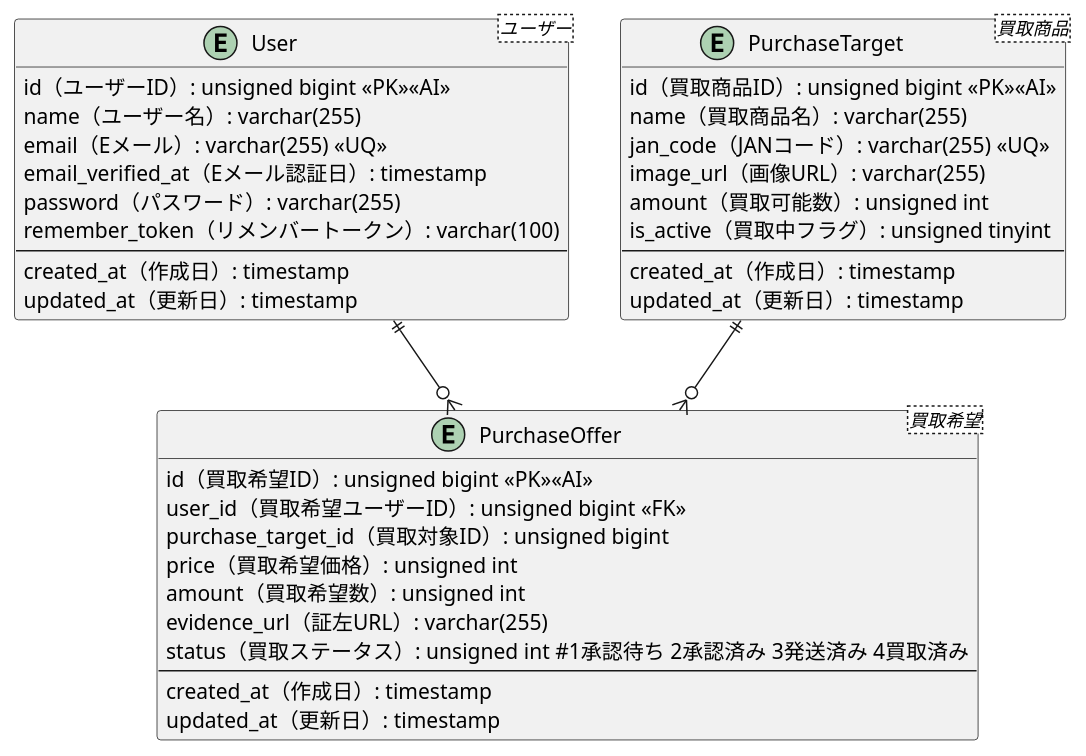
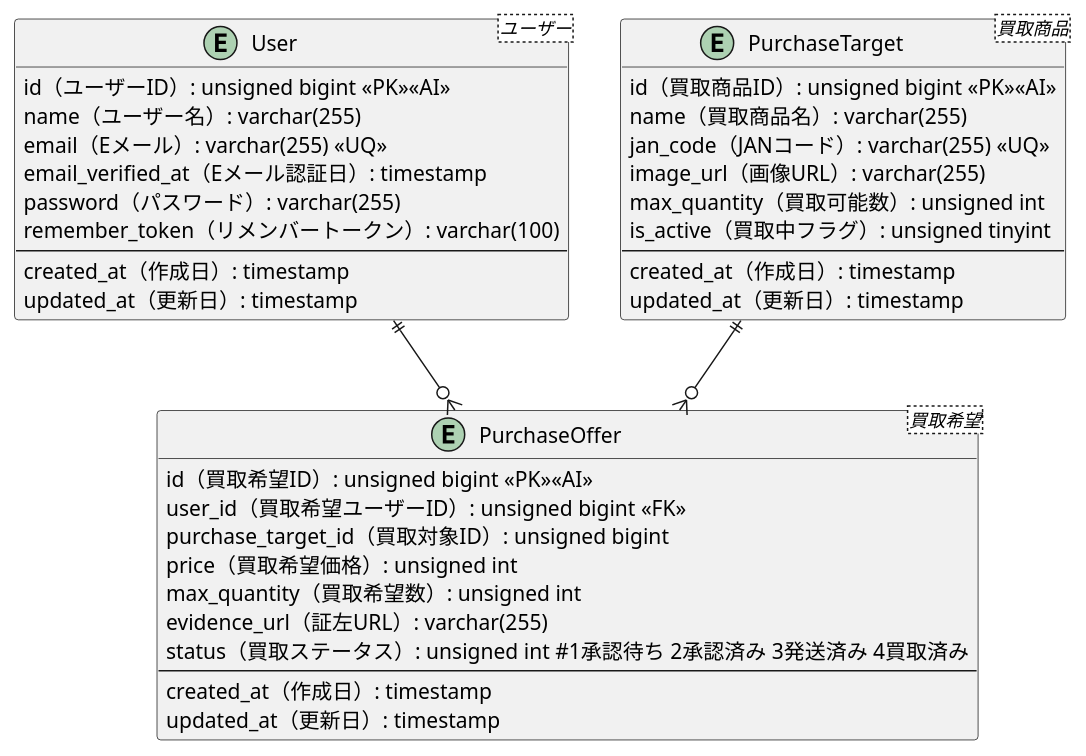
Before and after one commit to octopus-software/piyo-kaitori: the diagram in document/ER.puml, drawn with PlantUML. The commit also changed 40 other files, not shown here.

```diff
--- a/document/ER.puml
+++ b/document/ER.puml
@@ -1,44 +1,44 @@
 @startuml
 'https://plantuml.com/sequence-diagram
 
 entity "User <ユーザー>" as user {
   id（ユーザーID）: unsigned bigint <<PK>><<AI>>
   name（ユーザー名）: varchar(255)
   email（Eメール）: varchar(255) <<UQ>>
   email_verified_at（Eメール認証日）: timestamp
   password（パスワード）: varchar(255)
   remember_token（リメンバートークン）: varchar(100)
   --
   created_at（作成日）: timestamp
   updated_at（更新日）: timestamp
 }
 
 
 entity "PurchaseTarget <買取商品>" as purchase_target {
   id（買取商品ID）: unsigned bigint <<PK>><<AI>>
   name（買取商品名）: varchar(255)
   jan_code（JANコード）: varchar(255) <<UQ>>
   image_url（画像URL）: varchar(255)
-  amount（買取可能数）: unsigned int
+  max_quantity（買取可能数）: unsigned int
   is_active（買取中フラグ）: unsigned tinyint
   --
   created_at（作成日）: timestamp
   updated_at（更新日）: timestamp
 }
 
 entity "PurchaseOffer <買取希望>" as purchase_offer {
   id（買取希望ID）: unsigned bigint <<PK>><<AI>>
   user_id（買取希望ユーザーID）: unsigned bigint <<FK>>
   purchase_target_id（買取対象ID）: unsigned bigint
   price（買取希望価格）: unsigned int
-  amount（買取希望数）: unsigned int
+  max_quantity（買取希望数）: unsigned int
   evidence_url（証左URL）: varchar(255)
   status（買取ステータス）: unsigned int #1承認待ち 2承認済み 3発送済み 4買取済み
   --
   created_at（作成日）: timestamp
   updated_at（更新日）: timestamp
 }
 
 user ||--o{ purchase_offer
 purchase_target ||--o{ purchase_offer
 @enduml
```
